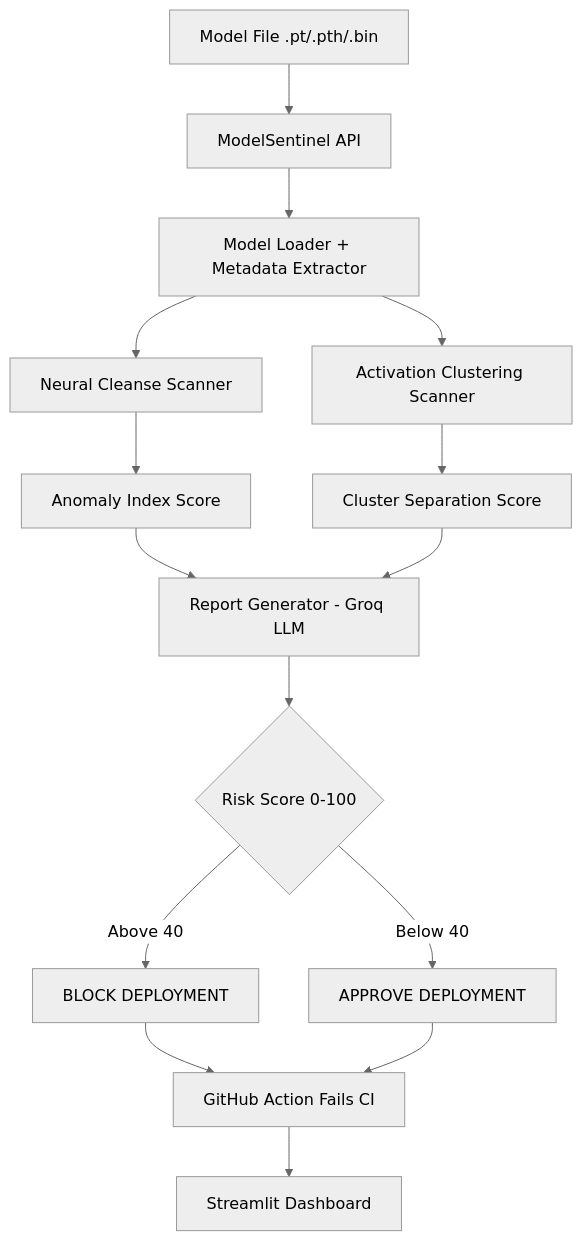
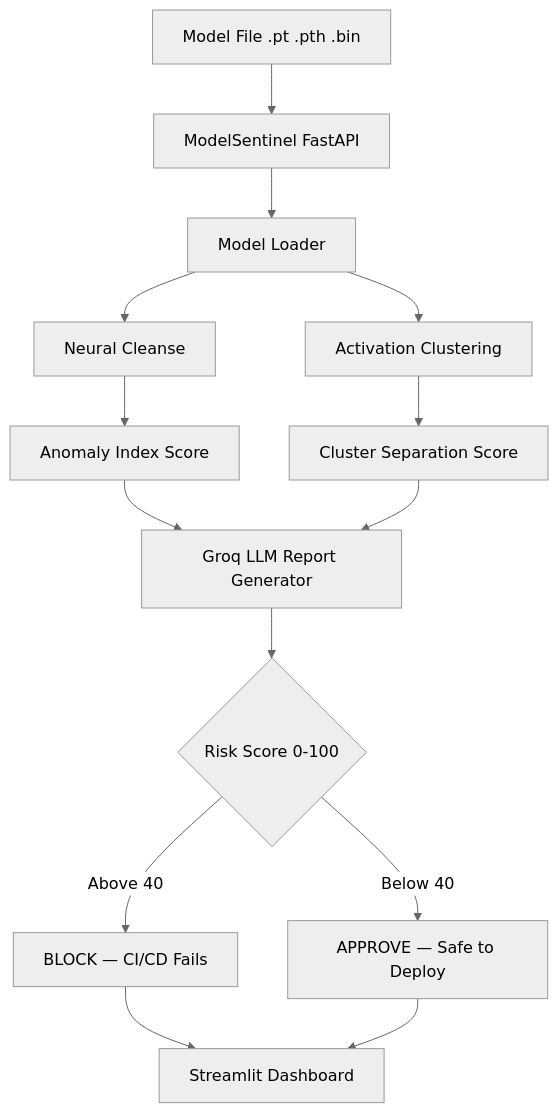
The diagram in README.md (trinadhsriram02/modelsentinel), drawn with Mermaid (neutral theme) before and after one commit. The commit also changed other lines of this file, not shown here.

````diff
--- a/README.md
+++ b/README.md
@@ -38,17 +41,16 @@
 ```mermaid
 graph TD
-    A[Model File .pt/.pth/.bin] --> B[ModelSentinel API]
-    B --> C[Model Loader + Metadata Extractor]
-    C --> D[Neural Cleanse Scanner]
-    C --> E[Activation Clustering Scanner]
+    A[Model File .pt .pth .bin] --> B[ModelSentinel FastAPI]
+    B --> C[Model Loader]
+    C --> D[Neural Cleanse]
+    C --> E[Activation Clustering]
     D --> F[Anomaly Index Score]
     E --> G[Cluster Separation Score]
-    F --> H[Report Generator - Groq LLM]
+    F --> H[Groq LLM Report Generator]
     G --> H
     H --> I{Risk Score 0-100}
-    I -->|Above 40| J[BLOCK DEPLOYMENT]
-    I -->|Below 40| K[APPROVE DEPLOYMENT]
-    J --> L[GitHub Action Fails CI]
+    I -->|Above 40| J[BLOCK — CI/CD Fails]
+    I -->|Below 40| K[APPROVE — Safe to Deploy]
+    J --> L[Streamlit Dashboard]
     K --> L
-    L --> M[Streamlit Dashboard]
 ```
````
